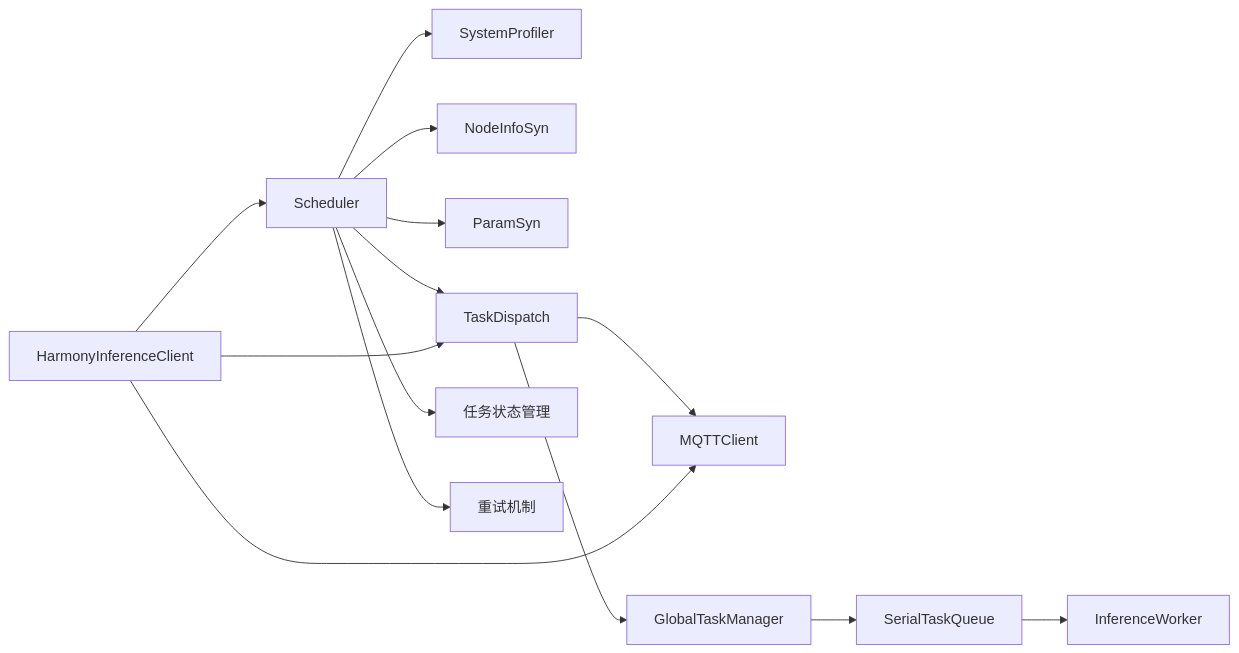
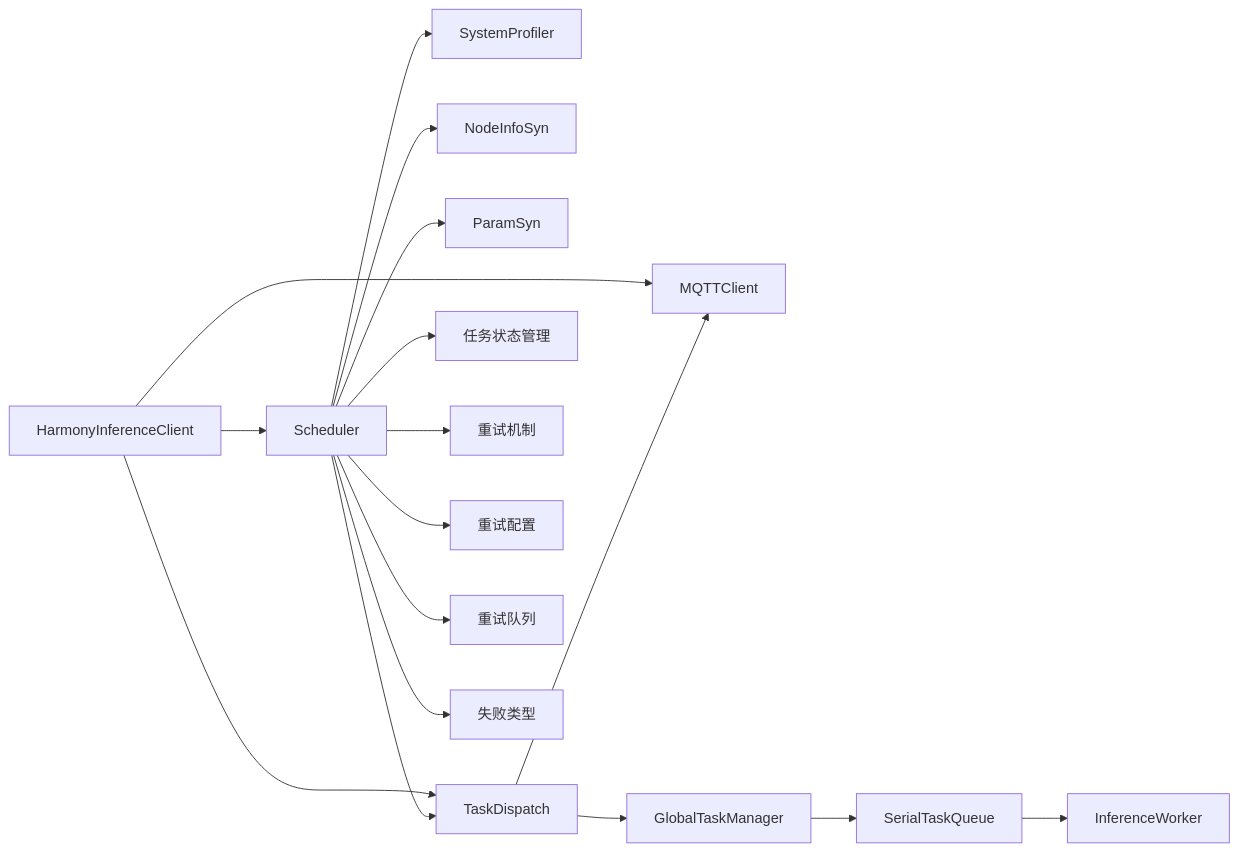
Diagram 12 of 12 in .qoder/repowiki/zh/content/任务调度系统/任务调度器.md (huo65/OH-Co3), drawn with Mermaid before and after one commit. The commit also changed other lines of this file and 12 other files, not shown here.

````diff
--- a/.qoder/repowiki/zh/content/任务调度系统/任务调度器.md
+++ b/.qoder/repowiki/zh/content/任务调度系统/任务调度器.md
@@ -447,16 +644,19 @@
 ```mermaid
 graph LR
 SCH["Scheduler"] --> SP["SystemProfiler"]
 SCH --> NI["NodeInfoSyn"]
 SCH --> PS["ParamSyn"]
 SCH --> TD["TaskDispatch"]
 SCH --> TS["任务状态管理"]
 SCH --> RM["重试机制"]
+SCH --> RC["重试配置"]
+SCH --> RQ["重试队列"]
+SCH --> FT["失败类型"]
 TD --> MQTT["MQTTClient"]
 TD --> GTM["GlobalTaskManager"]
 GTM --> STQ["SerialTaskQueue"]
 STQ --> IW["InferenceWorker"]
 HIC["HarmonyInferenceClient"] --> SCH
 HIC --> TD
 HIC --> MQTT
 ```
````
